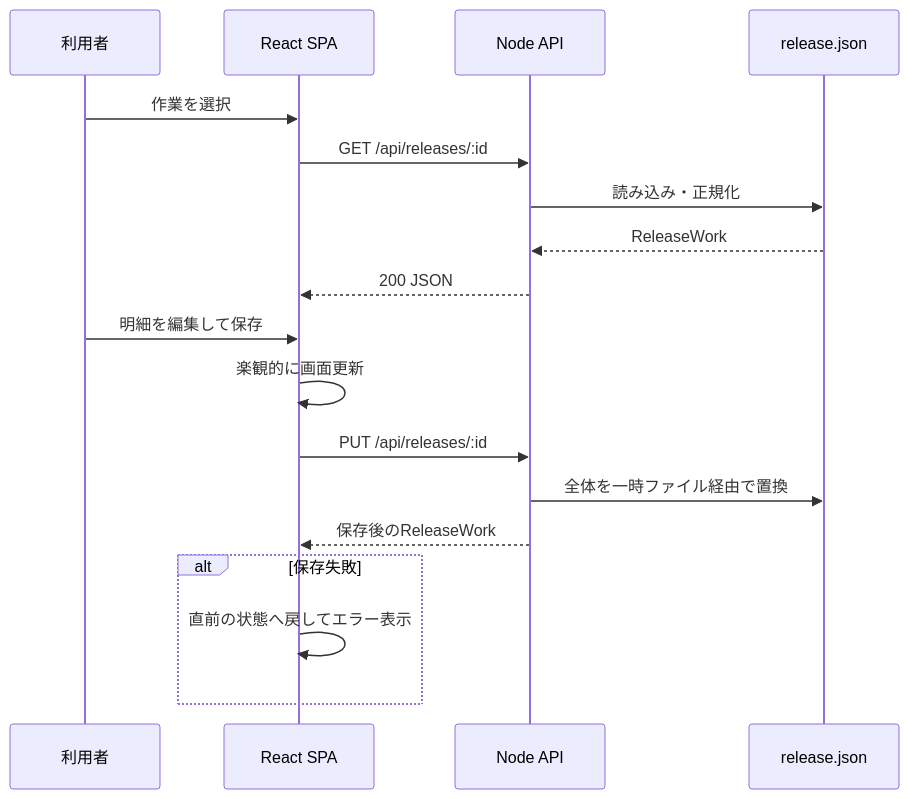
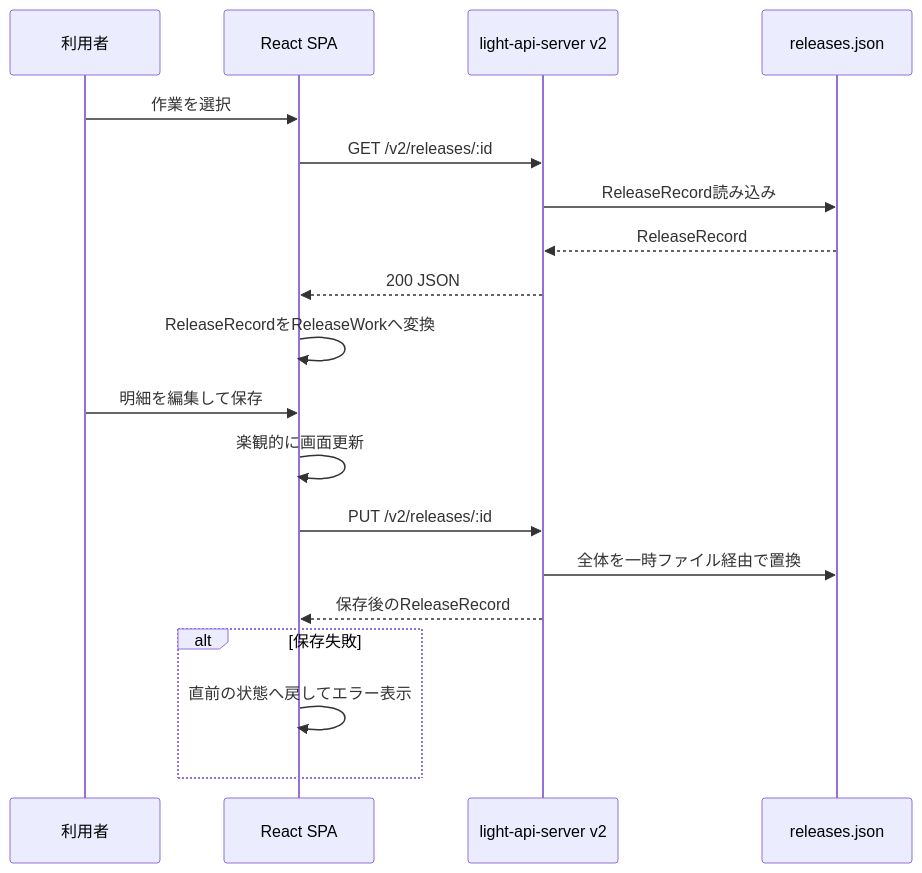
One commit to aion0721/release-hub changed the fourth of 5 diagrams in docs/basic-design.md. Above: the diagram before and after it, drawn with Mermaid. The commit also changed other lines of this file and 13 other files, not shown here.

Commit message:
Connect Release Hub to light API v2

````diff
--- a/docs/basic-design.md
+++ b/docs/basic-design.md
@@ -85,20 +84,21 @@
 ```mermaid
 sequenceDiagram
   participant U as 利用者
   participant SPA as React SPA
-  participant API as Node API
-  participant DB as release.json
+  participant API as light-api-server v2
+  participant DB as releases.json
   U->>SPA: 作業を選択
-  SPA->>API: GET /api/releases/:id
-  API->>DB: 読み込み・正規化
-  DB-->>API: ReleaseWork
+  SPA->>API: GET /v2/releases/:id
+  API->>DB: ReleaseRecord読み込み
+  DB-->>API: ReleaseRecord
   API-->>SPA: 200 JSON
+  SPA->>SPA: ReleaseRecordをReleaseWorkへ変換
   U->>SPA: 明細を編集して保存
   SPA->>SPA: 楽観的に画面更新
-  SPA->>API: PUT /api/releases/:id
+  SPA->>API: PUT /v2/releases/:id
   API->>DB: 全体を一時ファイル経由で置換
-  API-->>SPA: 保存後のReleaseWork
+  API-->>SPA: 保存後のReleaseRecord
   alt 保存失敗
     SPA->>SPA: 直前の状態へ戻してエラー表示
   end
 ```
````
